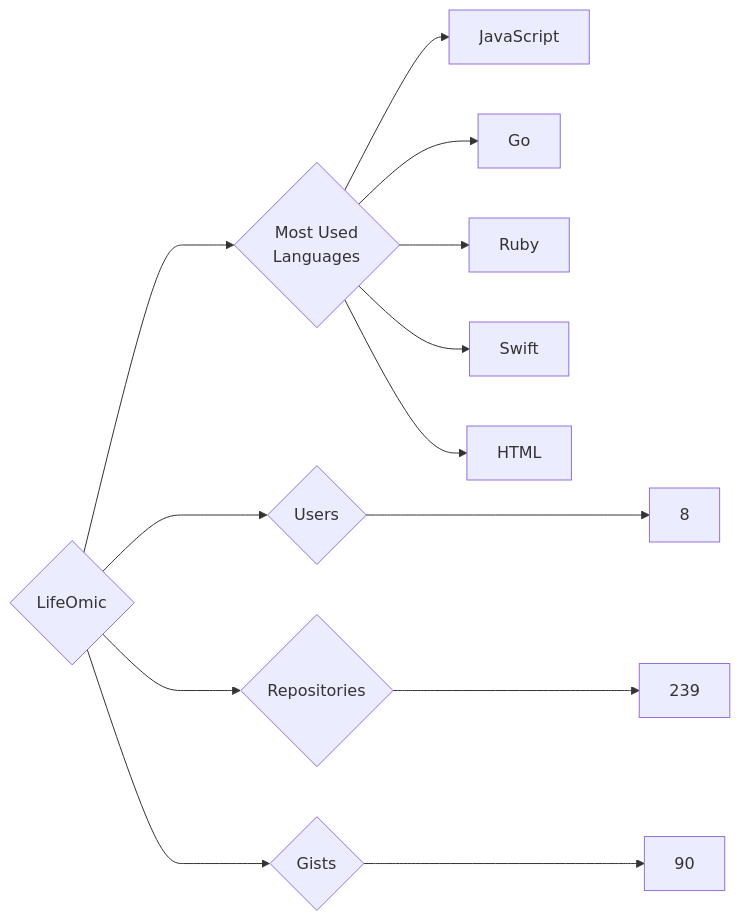
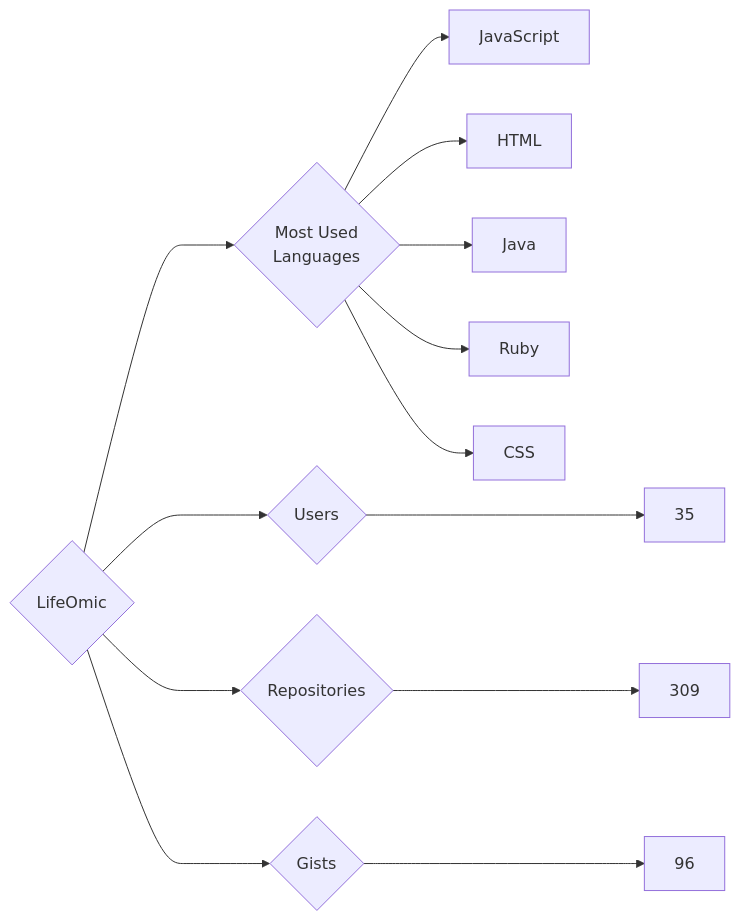
Before and after one commit to trickest/insiders: the diagram in targets/LifeOmic/README.md, drawn with Mermaid. The commit also changed 597 other files, not shown here.

````diff
--- a/targets/LifeOmic/README.md
+++ b/targets/LifeOmic/README.md
@@ -3,13 +3,13 @@
 ```mermaid
 graph LR
 COMPANY_NAME{LifeOmic}
-COMPANY_NAME ---> U{Users} ---> UN[8]
-COMPANY_NAME ---> R{Repositories} ---> RN[239]
-COMPANY_NAME ---> G{Gists} ---> GN[90]
+COMPANY_NAME ---> U{Users} ---> UN[35]
+COMPANY_NAME ---> R{Repositories} ---> RN[309]
+COMPANY_NAME ---> G{Gists} ---> GN[96]
 COMPANY_NAME ---> ML{Most Used<br>Languages}
 ML --> JavaScript[JavaScript]
-ML --> Go[Go]
+ML --> HTML[HTML]
+ML --> Java[Java]
 ML --> Ruby[Ruby]
-ML --> Swift[Swift]
-ML --> HTML[HTML]
+ML --> CSS[CSS]
 ```
````
